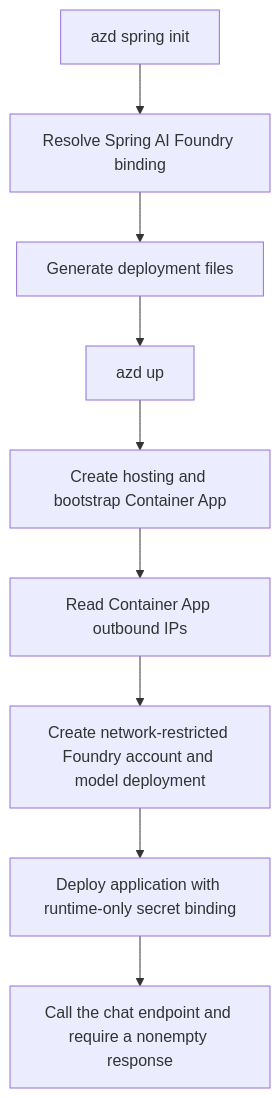
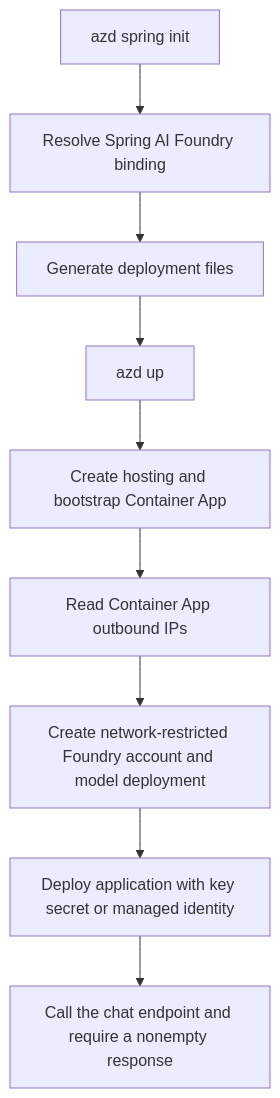
The fourth of 4 diagrams in cli/azd/extensions/azure.springboot/DESIGN.md (Azure/azure-dev), drawn with Mermaid before and after one commit. The commit also changed other lines of this file and 12 other files, not shown here.

Commit message:
Add managed identity for Foundry chat

````diff
--- a/cli/azd/extensions/azure.springboot/DESIGN.md
+++ b/cli/azd/extensions/azure.springboot/DESIGN.md
@@ -187,11 +193,11 @@
 ```mermaid
 flowchart TD
     Init[azd spring init] --> Analyze[Resolve Spring AI Foundry binding]
     Analyze --> Files[Generate deployment files]
     Files --> Up[azd up]
     Up --> Hosting[Create hosting and bootstrap Container App]
     Hosting --> IPs[Read Container App outbound IPs]
     IPs --> Foundry[Create network-restricted Foundry account and model deployment]
-    Foundry --> Deploy[Deploy application with runtime-only secret binding]
+    Foundry --> Deploy[Deploy application with key secret or managed identity]
     Deploy --> Verify[Call the chat endpoint and require a nonempty response]
 ```
````
